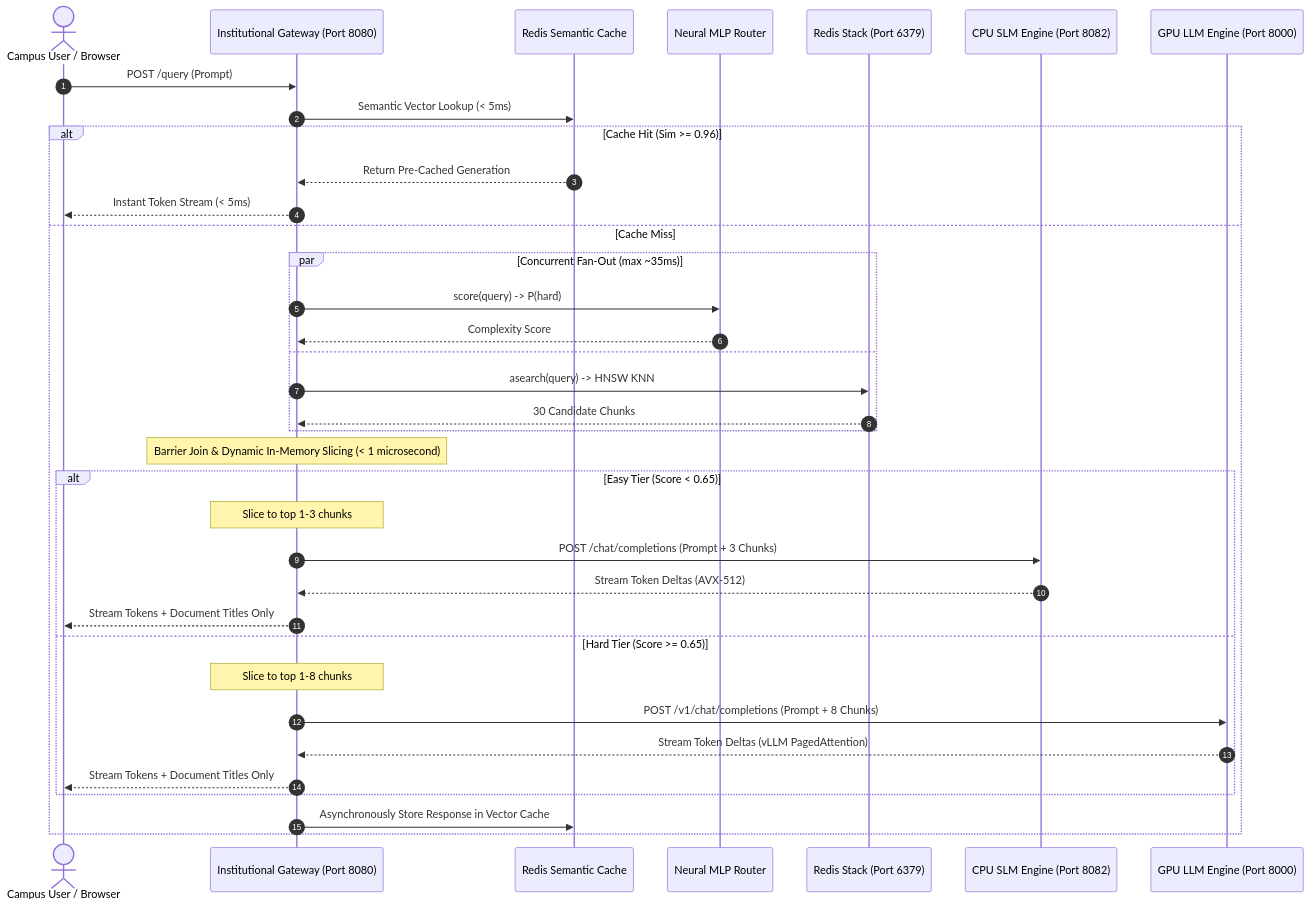
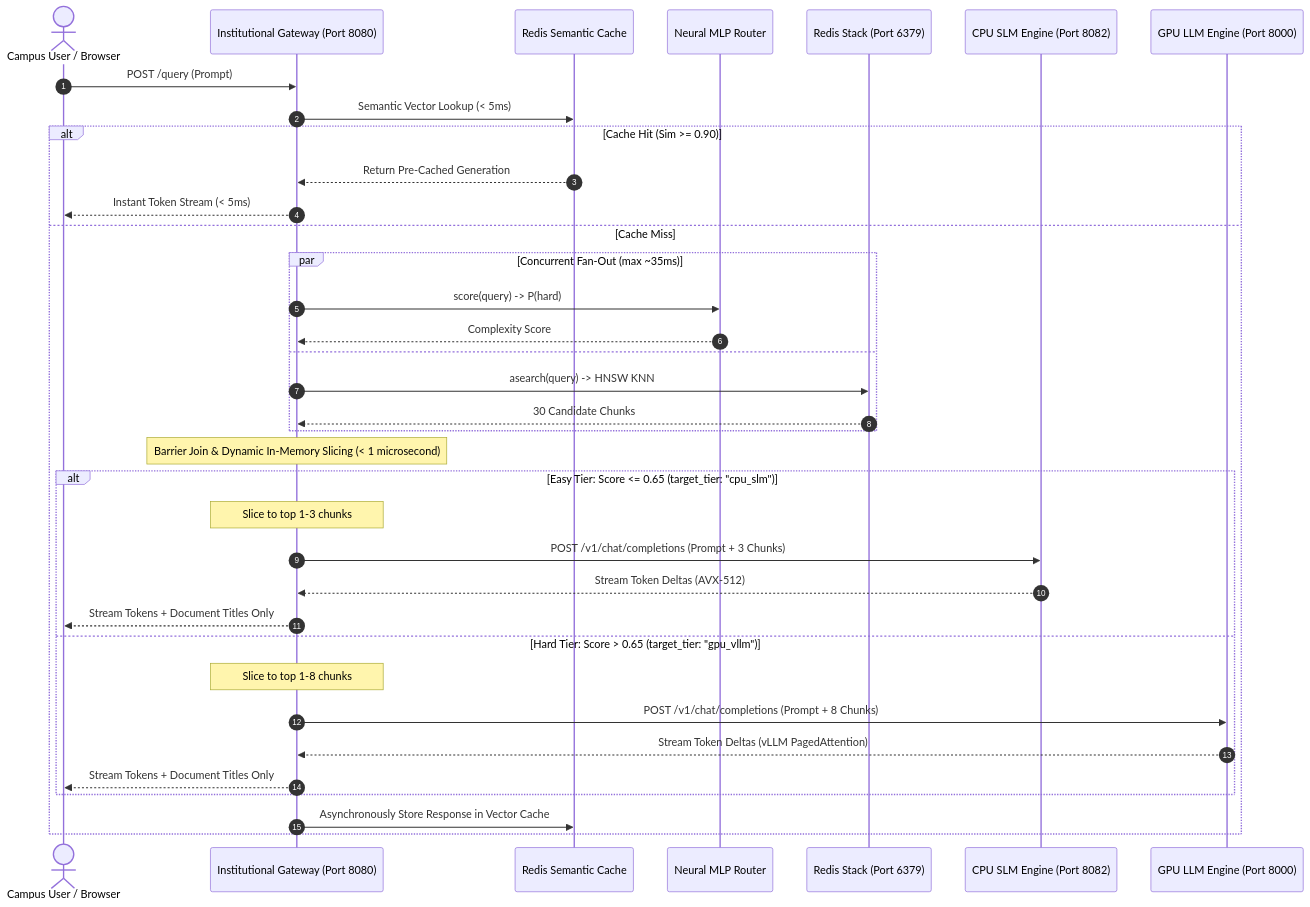
Before and after one commit to rutujmanware/Onprem-RAG-gateway: the second of 4 diagrams in COMPLETE_SYSTEM_DOCUMENTATION.md, drawn with Mermaid. The commit also changed other lines of this file, not shown here.

````diff
--- a/COMPLETE_SYSTEM_DOCUMENTATION.md
+++ b/COMPLETE_SYSTEM_DOCUMENTATION.md
@@ -73,39 +73,39 @@
 ```mermaid
 sequenceDiagram
     autonumber
     actor Client as Campus User / Browser
     participant GW as Institutional Gateway (Port 8080)
     participant Cache as Redis Semantic Cache
     participant MLP as Neural MLP Router
     participant Redis as Redis Stack (Port 6379)
     participant SLM as CPU SLM Engine (Port 8082)
     participant LLM as GPU LLM Engine (Port 8000)
 
     Client->>GW: POST /query (Prompt)
     GW->>Cache: Semantic Vector Lookup (< 5ms)
-    alt Cache Hit (Sim >= 0.96)
+    alt Cache Hit (Sim >= 0.90)
         Cache-->>GW: Return Pre-Cached Generation
         GW-->>Client: Instant Token Stream (< 5ms)
     else Cache Miss
         par Concurrent Fan-Out (max ~35ms)
             GW->>MLP: score(query) -> P(hard)
             MLP-->>GW: Complexity Score
         and
             GW->>Redis: asearch(query) -> HNSW KNN
             Redis-->>GW: 30 Candidate Chunks
         end
         Note over GW: Barrier Join & Dynamic In-Memory Slicing (< 1 microsecond)
-        alt Easy Tier (Score < 0.65)
+        alt Easy Tier: Score <= 0.65 (target_tier: "cpu_slm")
             Note over GW: Slice to top 1-3 chunks
-            GW->>SLM: POST /chat/completions (Prompt + 3 Chunks)
+            GW->>SLM: POST /v1/chat/completions (Prompt + 3 Chunks)
             SLM-->>GW: Stream Token Deltas (AVX-512)
             GW-->>Client: Stream Tokens + Document Titles Only
-        else Hard Tier (Score >= 0.65)
+        else Hard Tier: Score > 0.65 (target_tier: "gpu_vllm")
             Note over GW: Slice to top 1-8 chunks
             GW->>LLM: POST /v1/chat/completions (Prompt + 8 Chunks)
             LLM-->>GW: Stream Token Deltas (vLLM PagedAttention)
             GW-->>Client: Stream Tokens + Document Titles Only
         end
         GW->>Cache: Asynchronously Store Response in Vector Cache
     end
 ```
````
